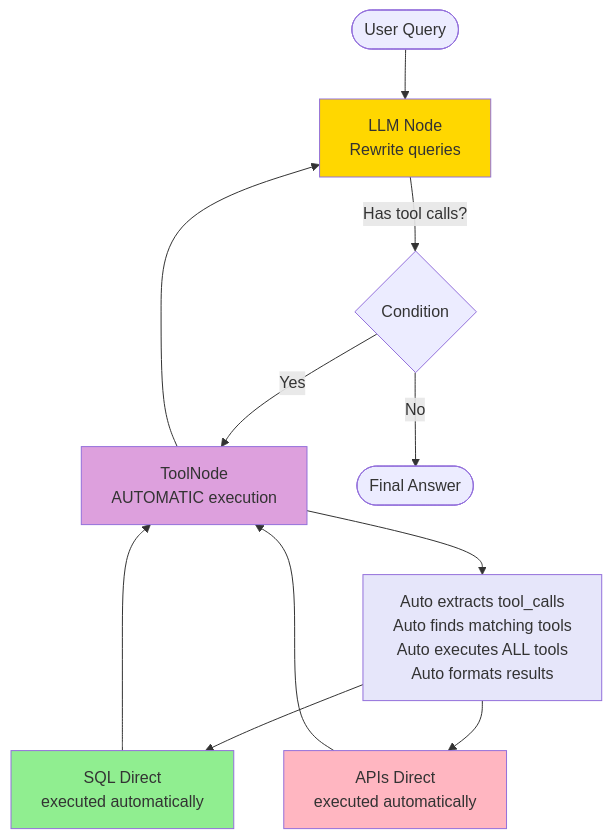
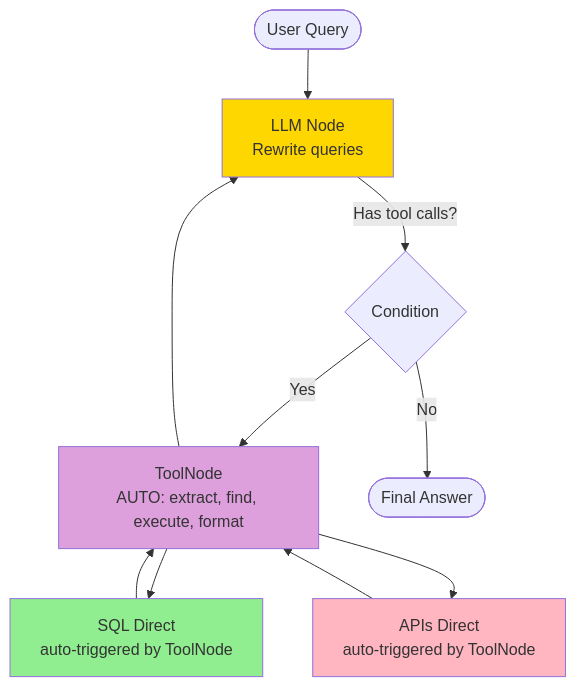
One commit to Yuhsuant1994/DataScienKnowledge changed the third of 6 diagrams in AgenticAI/simple_chatbot_mcp_langgraph/readme.md. Above: the diagram before and after it, drawn with Mermaid. The commit also changed other lines of this file and 1 other file, not shown here.

````diff
--- a/AgenticAI/simple_chatbot_mcp_langgraph/readme.md
+++ b/AgenticAI/simple_chatbot_mcp_langgraph/readme.md
@@ -44,21 +44,19 @@
 ```mermaid
 graph TD
     START([User Query]) --> LLM[LLM Node<br/>Rewrite queries]
     LLM -->|Has tool calls?| CONDITION{Condition}
-    CONDITION -->|Yes| TOOLS[ToolNode<br/>AUTOMATIC execution]
+    CONDITION -->|Yes| TOOLS[ToolNode<br/>AUTO: extract, find, execute, format]
     CONDITION -->|No| END([Final Answer])
-    TOOLS --> AUTOLOOP[Auto extracts tool_calls<br/>Auto finds matching tools<br/>Auto executes ALL tools<br/>Auto formats results]
 
-    AUTOLOOP --> SQL[SQL Direct<br/>executed automatically]
-    AUTOLOOP --> API[APIs Direct<br/>executed automatically]
+    TOOLS --> SQL[SQL Direct<br/>auto-triggered by ToolNode]
+    TOOLS --> API[APIs Direct<br/>auto-triggered by ToolNode]
 
     SQL --> TOOLS
     API --> TOOLS
     TOOLS --> LLM
 
     style LLM fill:#FFD700
     style TOOLS fill:#DDA0DD
-    style AUTOLOOP fill:#E6E6FA
     style SQL fill:#90EE90
     style API fill:#FFB6C1
 ```
````
